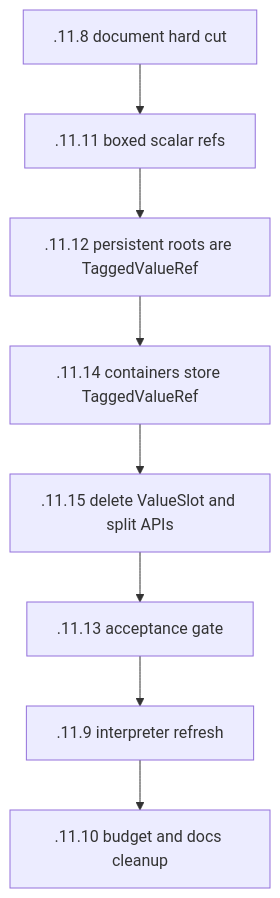
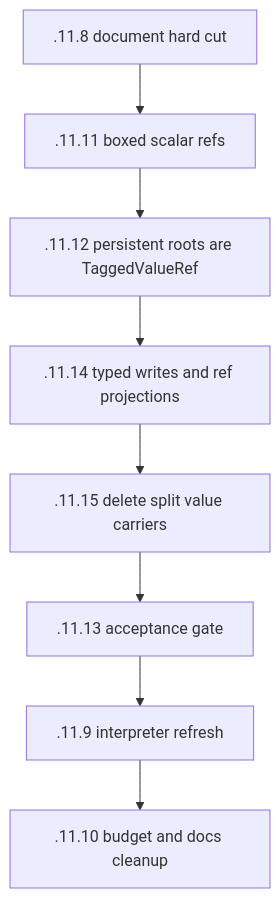
Before and after one commit to jallum/fz: the diagram in .agent/research/value-slot-elimination-plan.md, drawn with Mermaid. The commit also changed other lines of this file and 3 other files, not shown here.

````diff
--- a/.agent/research/value-slot-elimination-plan.md
+++ b/.agent/research/value-slot-elimination-plan.md
@@ -164,10 +190,10 @@
 ```mermaid
 flowchart TD
   A[.11.8 document hard cut] --> B[.11.11 boxed scalar refs]
   B --> C[.11.12 persistent roots are TaggedValueRef]
-  C --> D[.11.14 containers store TaggedValueRef]
-  D --> E[.11.15 delete ValueSlot and split APIs]
+  C --> D[.11.14 typed writes and ref projections]
+  D --> E[.11.15 delete split value carriers]
   E --> F[.11.13 acceptance gate]
   F --> G[.11.9 interpreter refresh]
   G --> H[.11.10 budget and docs cleanup]
 ```
````
